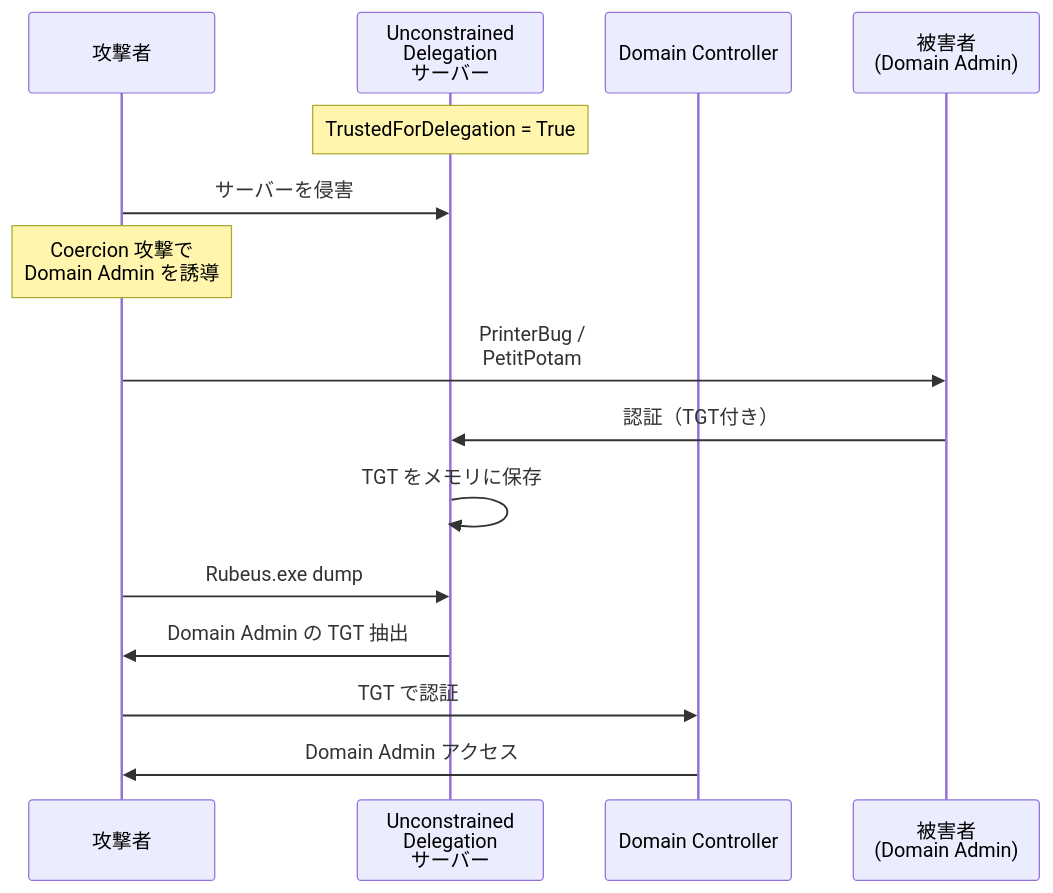
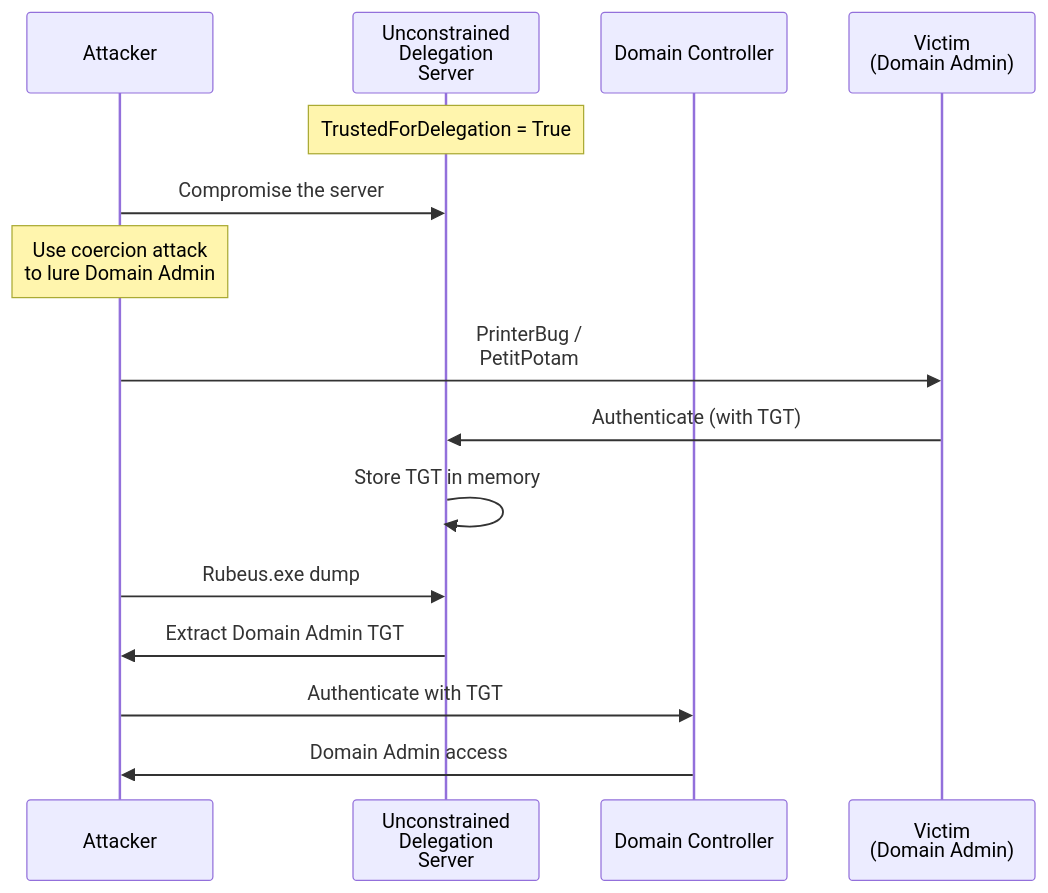
Before and after one commit to morimori-dev/morimori-dev.github.io: the fifth of 6 diagrams in _posts/2026-03-03-tech-rbcd-attack-guide.md, drawn with Mermaid. The commit also changed other lines of this file and 1 other file, not shown here.

````diff
--- a/_posts/2026-03-03-tech-rbcd-attack-guide.md
+++ b/_posts/2026-03-03-tech-rbcd-attack-guide.md
@@ -600,23 +601,23 @@
 ```mermaid
 sequenceDiagram
-    participant A as 攻撃者
-    participant UC as Unconstrained<br/>Delegation<br/>サーバー
+    participant A as Attacker
+    participant UC as Unconstrained<br/>Delegation<br/>Server
     participant DC as Domain Controller
-    participant V as 被害者<br/>(Domain Admin)
-    
+    participant V as Victim<br/>(Domain Admin)
+
     Note over UC: TrustedForDelegation = True
-    
-    A->>UC: サーバーを侵害
-    
-    Note over A: Coercion 攻撃で<br/>Domain Admin を誘導
-    
+
+    A->>UC: Compromise the server
+
+    Note over A: Use coercion attack<br/>to lure Domain Admin
+
     A->>V: PrinterBug /<br/>PetitPotam
-    V->>UC: 認証（TGT付き）
-    UC->>UC: TGT をメモリに保存
-    
+    V->>UC: Authenticate (with TGT)
+    UC->>UC: Store TGT in memory
+
     A->>UC: Rubeus.exe dump
-    UC->>A: Domain Admin の TGT 抽出
-    
-    A->>DC: TGT で認証
-    DC->>A: Domain Admin アクセス
+    UC->>A: Extract Domain Admin TGT
+
+    A->>DC: Authenticate with TGT
+    DC->>A: Domain Admin access
 ```
````
